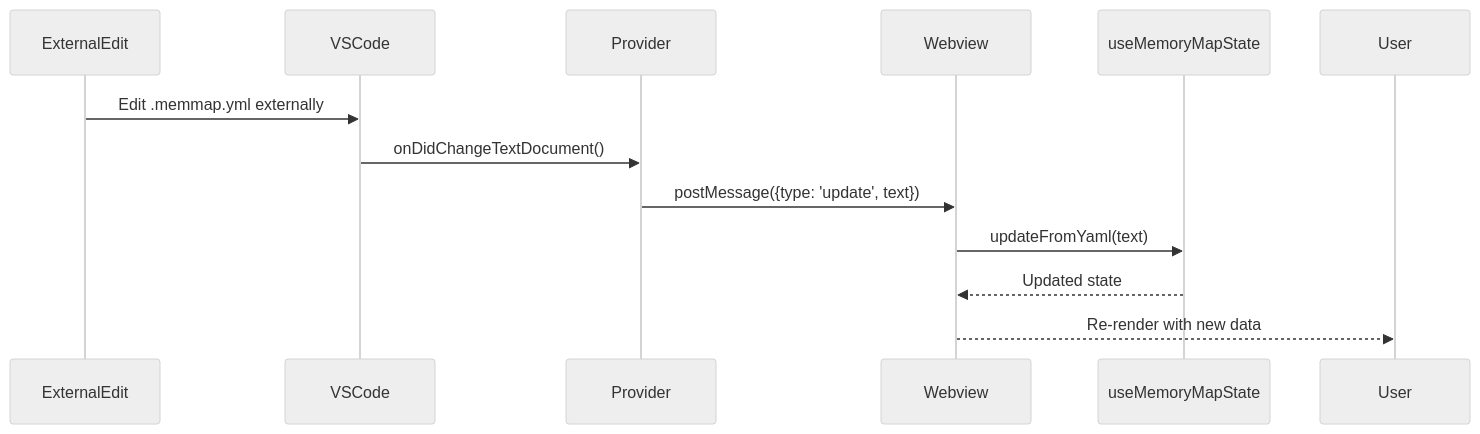
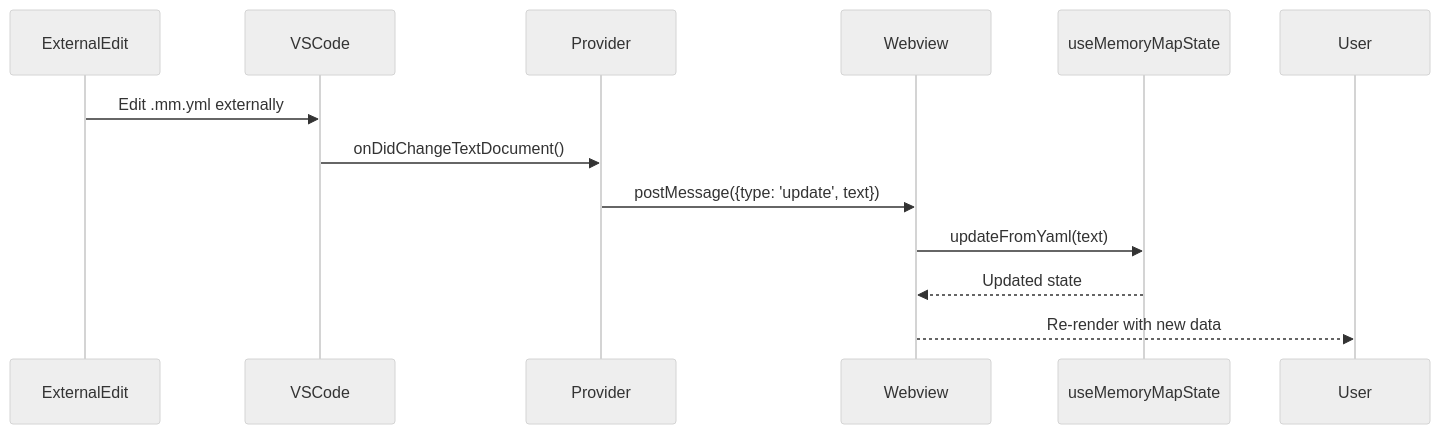
Before and after one commit to bleviet/fpga_lib: the fourth of 5 diagrams in ipcore_tools/vscode/ipcore_editor/docs/ARCHITECTURE.md, drawn with Mermaid (neutral theme). The commit also changed other lines of this file and 14 other files, not shown here.

Commit message:
fix: rename .memmap.yml to .mm.yml

````diff
--- a/ipcore_tools/vscode/ipcore_editor/docs/ARCHITECTURE.md
+++ b/ipcore_tools/vscode/ipcore_editor/docs/ARCHITECTURE.md
@@ -139,15 +139,15 @@
 ```mermaid
 sequenceDiagram
     participant ExternalEdit
     participant VSCode
     participant Provider
     participant Webview
     participant useMemoryMapState
-    
-    ExternalEdit->>VSCode: Edit .memmap.yml externally
+
+    ExternalEdit->>VSCode: Edit .mm.yml externally
     VSCode->>Provider: onDidChangeTextDocument()
     Provider->>Webview: postMessage({type: 'update', text})
     Webview->>useMemoryMapState: updateFromYaml(text)
     useMemoryMapState-->>Webview: Updated state
     Webview-->>User: Re-render with new data
 ```
````
